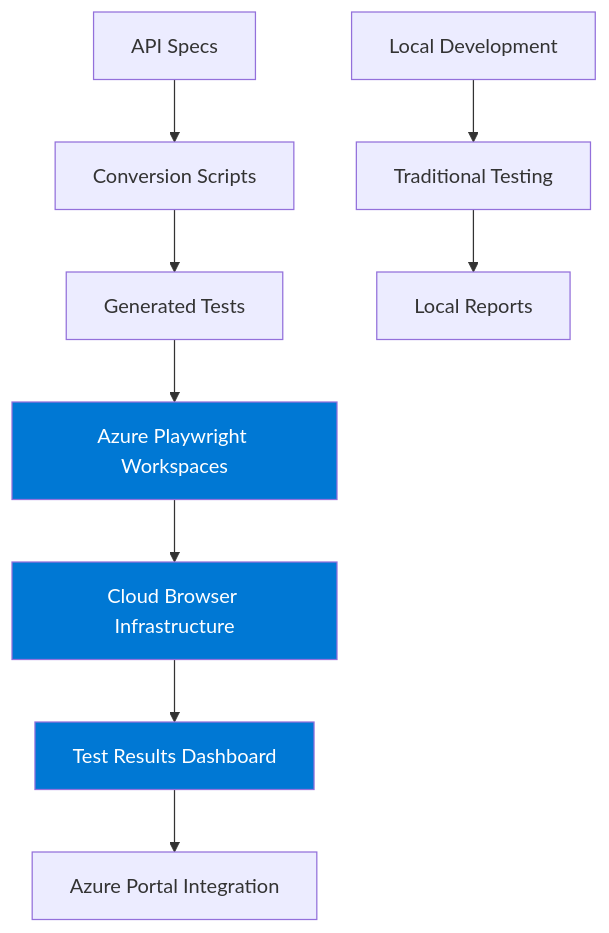
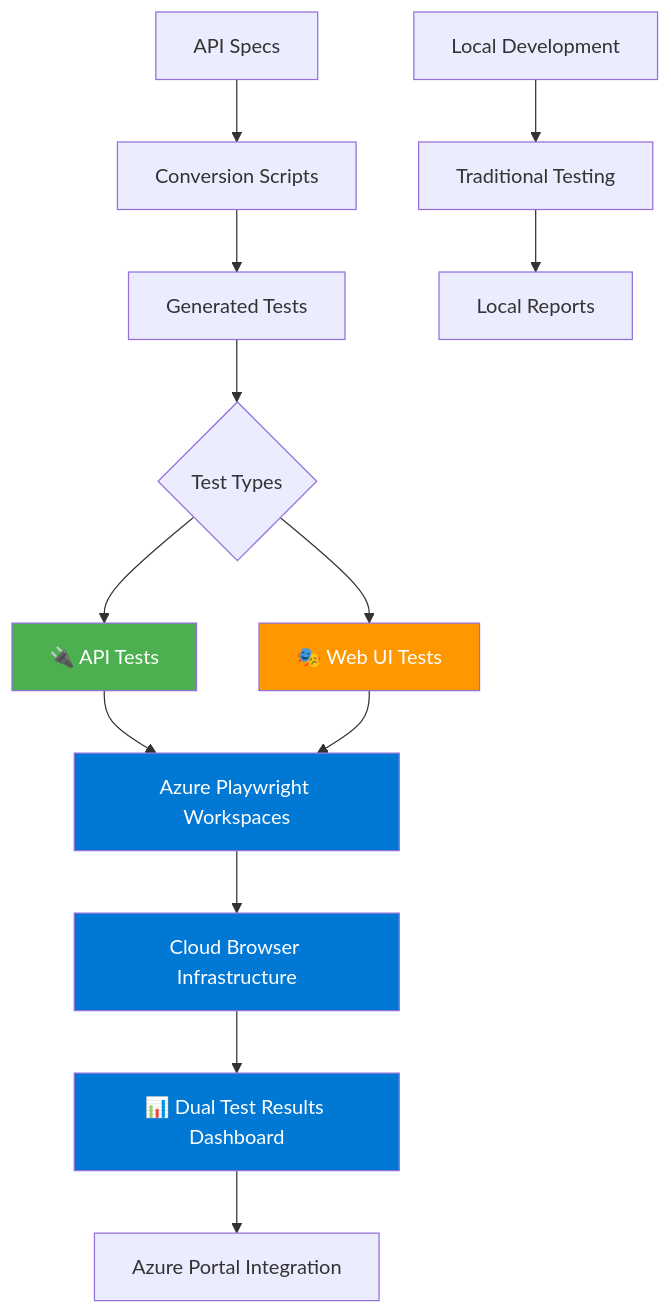
Before and after one commit to lenvolk/PlayWrightWorkSpaceDemo: the first of 2 diagrams in demo/README.md, drawn with Mermaid. The commit also changed other lines of this file and 6 other files, not shown here.

First line of the commit message:
feat: Enhance mock API server with web UI for documentation, testing, and exploration

````diff
--- a/demo/README.md
+++ b/demo/README.md
@@ -45,16 +152,22 @@
 ```mermaid
 graph TB
     A[API Specs] --> B[Conversion Scripts]
     B --> C[Generated Tests]
-    C --> D[Azure Playwright Workspaces]
-    D --> E[Cloud Browser Infrastructure]
-    E --> F[Test Results Dashboard]
-    F --> G[Azure Portal Integration]
+    C --> D{Test Types}
+    D --> E[🔌 API Tests]
+    D --> F[🎭 Web UI Tests]
+    E --> G[Azure Playwright Workspaces]
+    F --> G
+    G --> H[Cloud Browser Infrastructure]
+    H --> I[📊 Dual Test Results Dashboard]
+    I --> J[Azure Portal Integration]
     
-    H[Local Development] --> I[Traditional Testing]
-    I --> J[Local Reports]
+    K[Local Development] --> L[Traditional Testing]
+    L --> M[Local Reports]
     
-    style D fill:#0078d4,color:#ffffff
-    style E fill:#0078d4,color:#ffffff
-    style F fill:#0078d4,color:#ffffff
+    style G fill:#0078d4,color:#ffffff
+    style H fill:#0078d4,color:#ffffff
+    style I fill:#0078d4,color:#ffffff
+    style E fill:#4CAF50,color:#ffffff
+    style F fill:#FF9800,color:#ffffff
 ```
````
